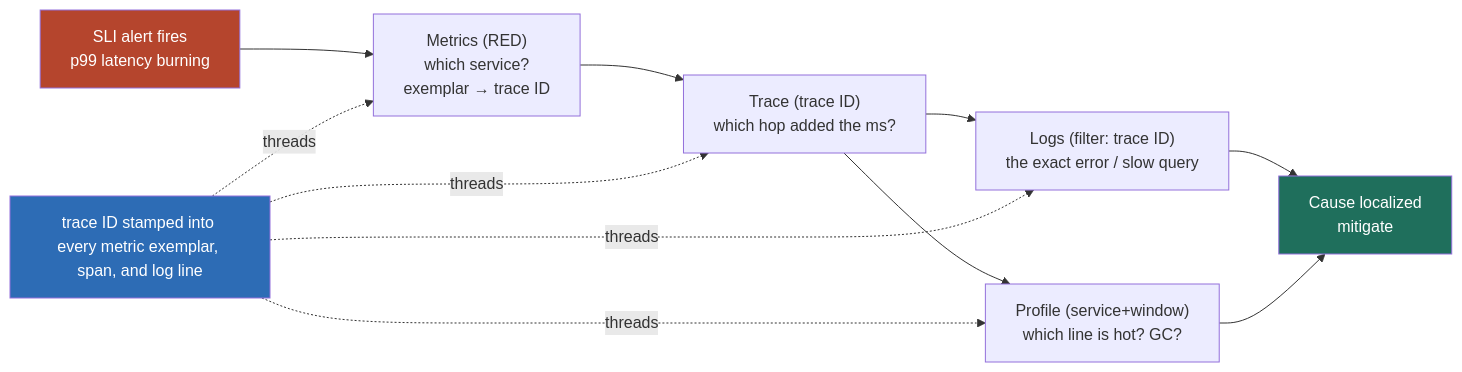
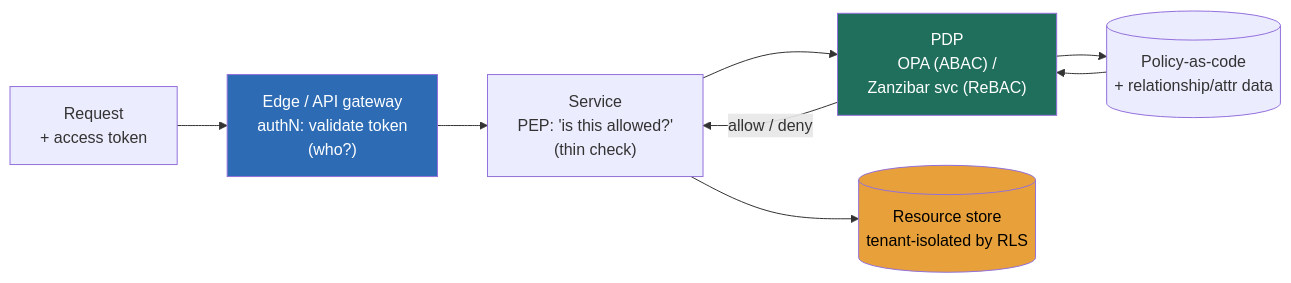
Before and after one commit to hkrathore/sysdesign-course: the diagram in src/content/docs/module-13/lesson-13-2.md, drawn with Mermaid. The commit also changed other lines of this file and 84 other files, not shown here.

````diff
--- a/src/content/docs/module-13/lesson-13-2.md
+++ b/src/content/docs/module-13/lesson-13-2.md
@@ -52,17 +48,13 @@
 ```mermaid
 flowchart LR
-    SLI["SLI alert fires<br/>p99 latency burning"] --> M["Metrics (RED)<br/>which service?<br/>exemplar → trace ID"]
-    M --> T["Trace (trace ID)<br/>which hop added the ms?"]
-    T --> L["Logs (filter: trace ID)<br/>the exact error / slow query"]
-    T --> P["Profile (service+window)<br/>which line is hot? GC?"]
-    L --> CAUSE["Cause localized<br/>mitigate"]
-    P --> CAUSE
-    ID["trace ID stamped into every metric exemplar, span, and log line"]
-    ID -.threads.-> M
-    ID -.threads.-> T
-    ID -.threads.-> L
-    ID -.threads.-> P
-    style SLI fill:#b5452d,color:#fff
-    style ID fill:#2d6cb5,color:#fff
-    style CAUSE fill:#1f6f5c,color:#fff
+    REQ["Request<br/>+ access token"] --> EDGE["Edge / API gateway<br/>authN: validate token<br/>(who?)"]
+    EDGE --> SVC["Service<br/>PEP: 'is this allowed?'<br/>(thin check)"]
+    SVC --> PDP["PDP<br/>OPA (ABAC) /<br/>Zanzibar svc (ReBAC)"]
+    PDP --> POL[("Policy-as-code<br/>+ relationship/attr data")]
+    POL --> PDP
+    PDP -->|allow / deny| SVC
+    SVC --> DB[("Resource store<br/>tenant-isolated by RLS")]
+    style EDGE fill:#2d6cb5,color:#fff
+    style PDP fill:#1f6f5c,color:#fff
+    style DB fill:#e8a13a,color:#000
 ```
````
